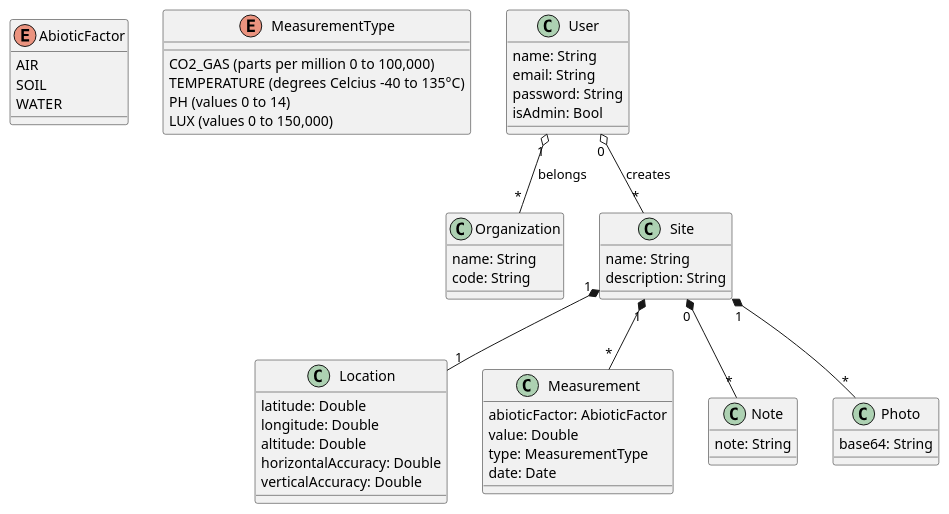
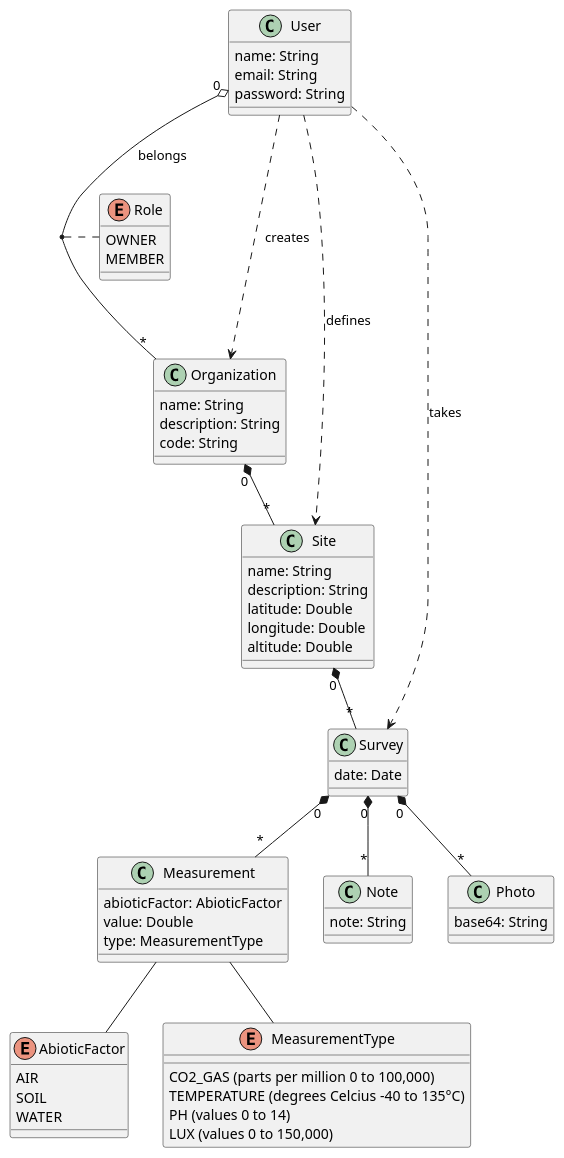
Before and after one commit to kwingerden/ecodatum-server: the diagram in Documentation/Model.plantuml, drawn with PlantUML. The commit also changed 7 other files, not shown here.

Commit message:
refactored PlantUML class model; updated User model

```diff
--- a/Documentation/Model.plantuml
+++ b/Documentation/Model.plantuml
@@ -1,64 +1,76 @@
 @startuml
 
 enum AbioticFactor {
   AIR
   SOIL
   WATER
 }
 
 enum MeasurementType {
   CO2_GAS (parts per million 0 to 100,000)
   TEMPERATURE (degrees Celcius –40 to 135°C)
   PH (values 0 to 14)
   LUX (values 0 to 150,000)
 }
 
-class Location {
-  latitude: Double
-  longitude: Double
-  altitude: Double
-  horizontalAccuracy: Double
-  verticalAccuracy: Double
-}
-
 class Measurement {
   abioticFactor: AbioticFactor
   value: Double
   type: MeasurementType
-  date: Date
 }
 
 class Note {
   note: String
 }
 
 class Organization {
   name: String
+  description: String
   code: String
 }
 
 class Photo {
   base64: String
 }
 
+enum Role {
+  OWNER
+  MEMBER
+}
+
+class Survey {
+  date: Date 
+}
+
 class Site {
   name: String
   description: String
+  latitude: Double
+  longitude: Double
+  altitude: Double
 }
 
 class User {
   name: String
   email: String
   password: String
-  isAdmin: Bool
 }
 
-User "0" o-- "*" Site : creates
-User "1" o-- "*" Organization : belongs
+User ..> Organization: creates
+User ..> Site: defines
+User ..> Survey: takes
 
-Site "1" *-- "1" Location
-Site "0" *-- "*" Note
-Site "1" *-- "*" Photo
-Site "1" *-- "*" Measurement
+Measurement -- AbioticFactor
+Measurement -- MeasurementType
+
+User "0" o-- "*" Organization: belongs
+(User, Organization) .. Role
+Organization "0" *-- "*" Site
+
+Site "0" *-- "*" Survey
+
+Survey "0" *-- "*" Note
+Survey "0" *-- "*" Photo
+Survey "0" *-- "*" Measurement
 
 @enduml
```
